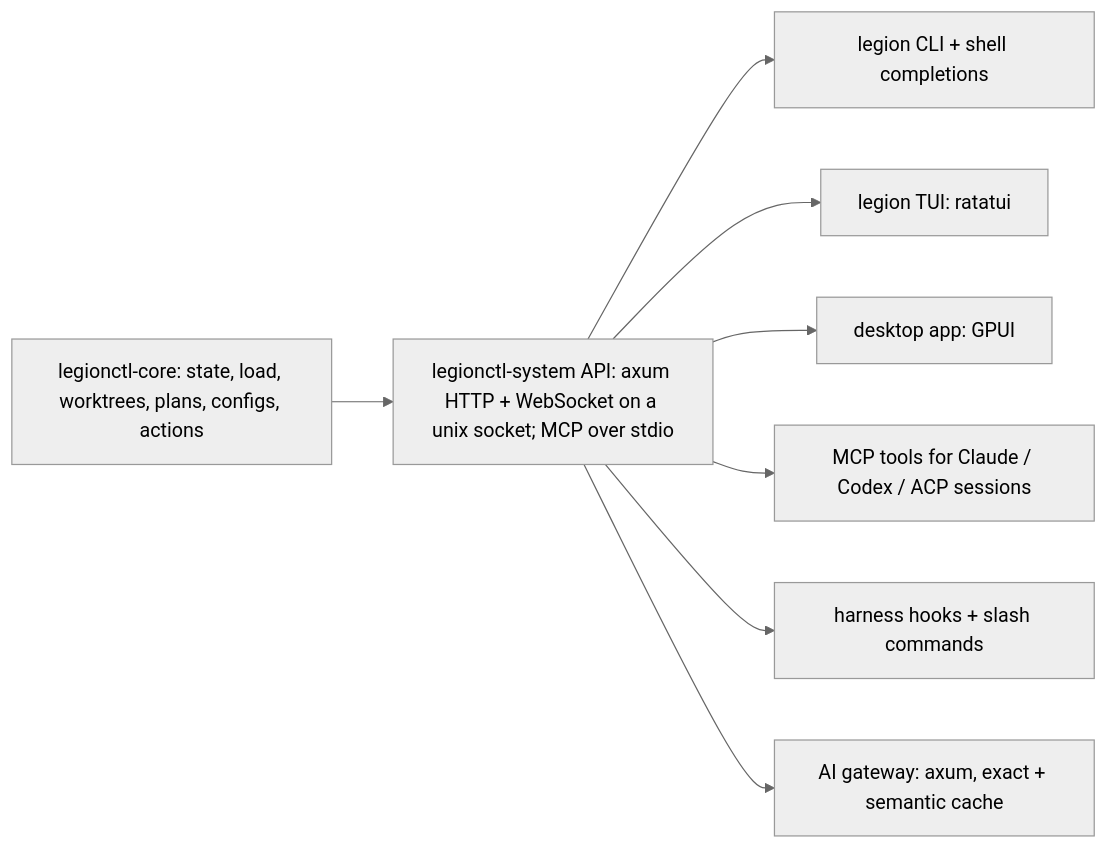
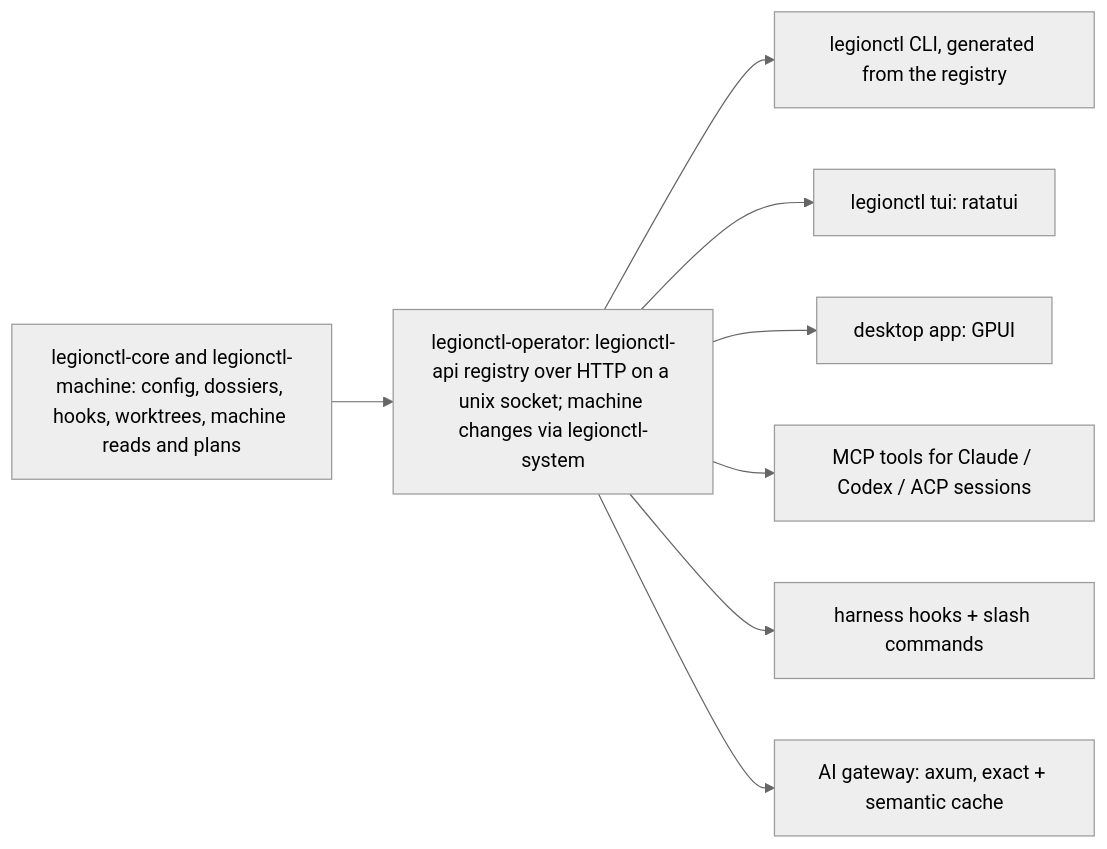
Before and after one commit to ksquarekumar/lenovolegionlinux: the diagram in docs/design/12-operator.md, drawn with Mermaid (neutral theme). The commit also changed other lines of this file and 4 other files, not shown here.

Commit message:
Docs: bring README and notes 07, 12, 13, 18 up to date with the operator API, config layers and dossiers

````diff
--- a/docs/design/12-operator.md
+++ b/docs/design/12-operator.md
@@ -9,11 +9,11 @@
 ```mermaid
 flowchart LR
-  core[legionctl-core: state, load, worktrees, plans, configs, actions]
-  core --> api[legionctl-system API: axum HTTP + WebSocket on a unix socket; MCP over stdio]
-  api --> cli[legion CLI + shell completions]
-  api --> tui[legion TUI: ratatui]
+  core[legionctl-core and legionctl-machine: config, dossiers, hooks, worktrees, machine reads and plans]
+  core --> api[legionctl-operator: legionctl-api registry over HTTP on a unix socket; machine changes via legionctl-system]
+  api --> cli[legionctl CLI, generated from the registry]
+  api --> tui[legionctl tui: ratatui]
   api --> app[desktop app: GPUI]
   api --> mcp[MCP tools for Claude / Codex / ACP sessions]
   api --> hooks[harness hooks + slash commands]
   api --> gw[AI gateway: axum, exact + semantic cache]
 ```
````
